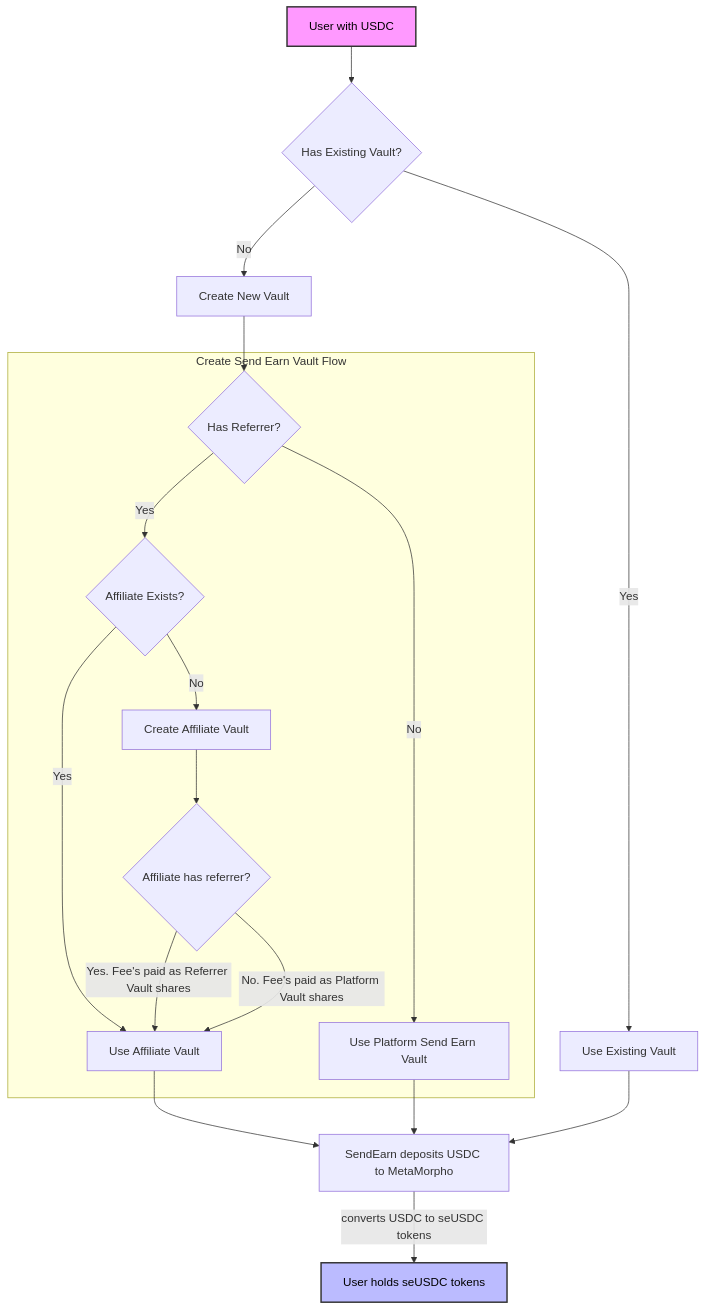
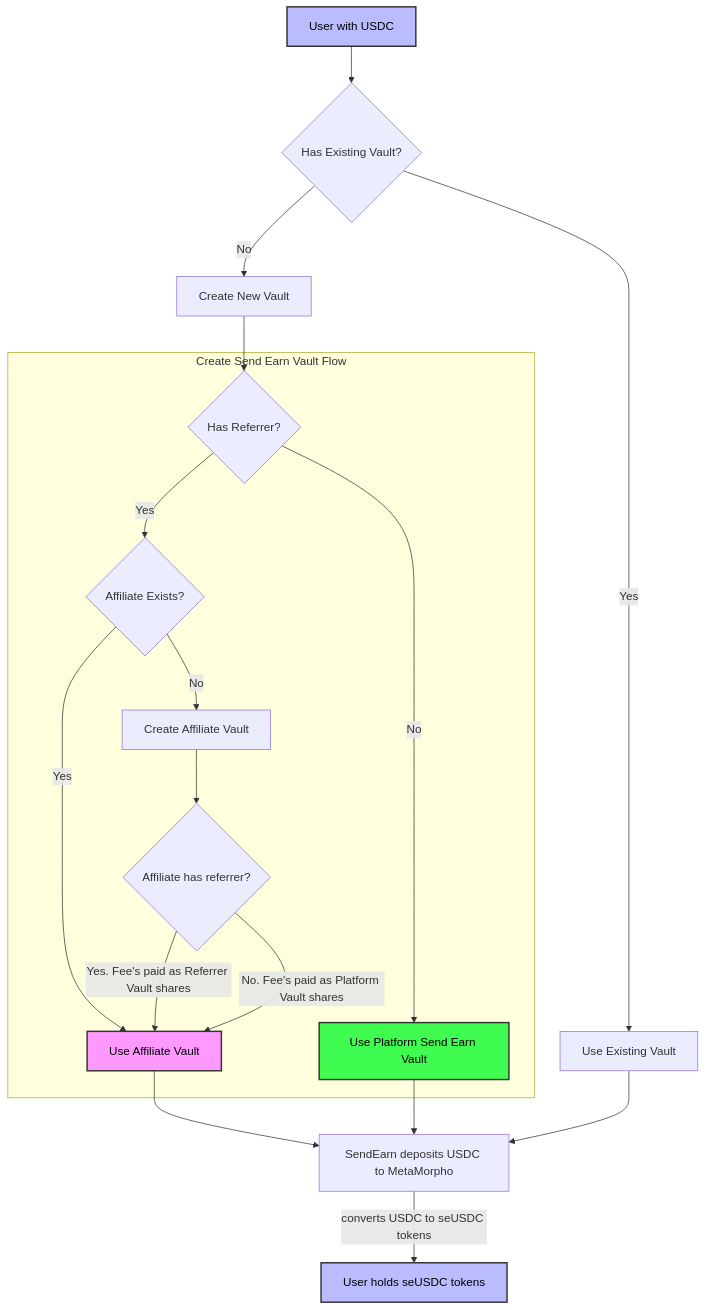
The second of 4 diagrams in docs/send-earn-affiliates.md (0xsend/send-earn-contracts), drawn with Mermaid before and after one commit. The commit also changed other lines of this file, not shown here.

Commit message:
feat(docs): enhance Send Earn affiliates documentation with fee splitting explanation and clarify vault deposit process

````diff
--- a/docs/send-earn-affiliates.md
+++ b/docs/send-earn-affiliates.md
@@ -61,31 +75,33 @@
 ```mermaid
 graph TD
     Depositor[User with USDC] --> HasExistingVault{Has Existing Vault?}
 
     HasExistingVault -->|Yes| UseExistingVault[Use Existing Vault]
     HasExistingVault -->|No| CreateNewVault[Create New Vault]
 
      CreateNewVault --> HasReferrer{Has Referrer?}
 
     subgraph Create Send Earn Vault Flow
       HasReferrer -->|No| PlatformVault[Use Platform Send Earn Vault]
       HasReferrer -->|Yes| AffiliateExists{Affiliate Exists?}
 
       AffiliateExists -->|No| AffiliateNew[Create Affiliate Vault]
       AffiliateExists -->|Yes| AffiliateVault[Use Affiliate Vault]
       AffiliateNew --> AffiliateCreate{Affiliate has referrer?}
     end
 
     AffiliateCreate -->|Yes. Fee's paid as Referrer Vault shares| AffiliateVault
     AffiliateCreate -->|No. Fee's paid as Platform Vault shares| AffiliateVault
 
 
     AffiliateVault --> Deposit[SendEarn deposits USDC to MetaMorpho]
     PlatformVault --> Deposit[SendEarn deposits USDC to MetaMorpho]
     UseExistingVault --> Deposit[SendEarn deposits USDC to MetaMorpho]
 
     Deposit -->|converts USDC to seUSDC tokens| HoldShares[User holds seUSDC tokens]
 
-    style Depositor fill:#f9f,stroke:#333,stroke-width:2px,color:#000
+    style Depositor fill:#bbf,stroke:#333,stroke-width:2px,color:#000
     style HoldShares fill:#bbf,stroke:#333,stroke-width:2px,color:#000
+    style AffiliateVault fill:#f9f,stroke:#333,stroke-width:2px,color:#000
+    style PlatformVault fill:#40FB50,stroke:#333,stroke-width:2px,color:#000
 ```
````
